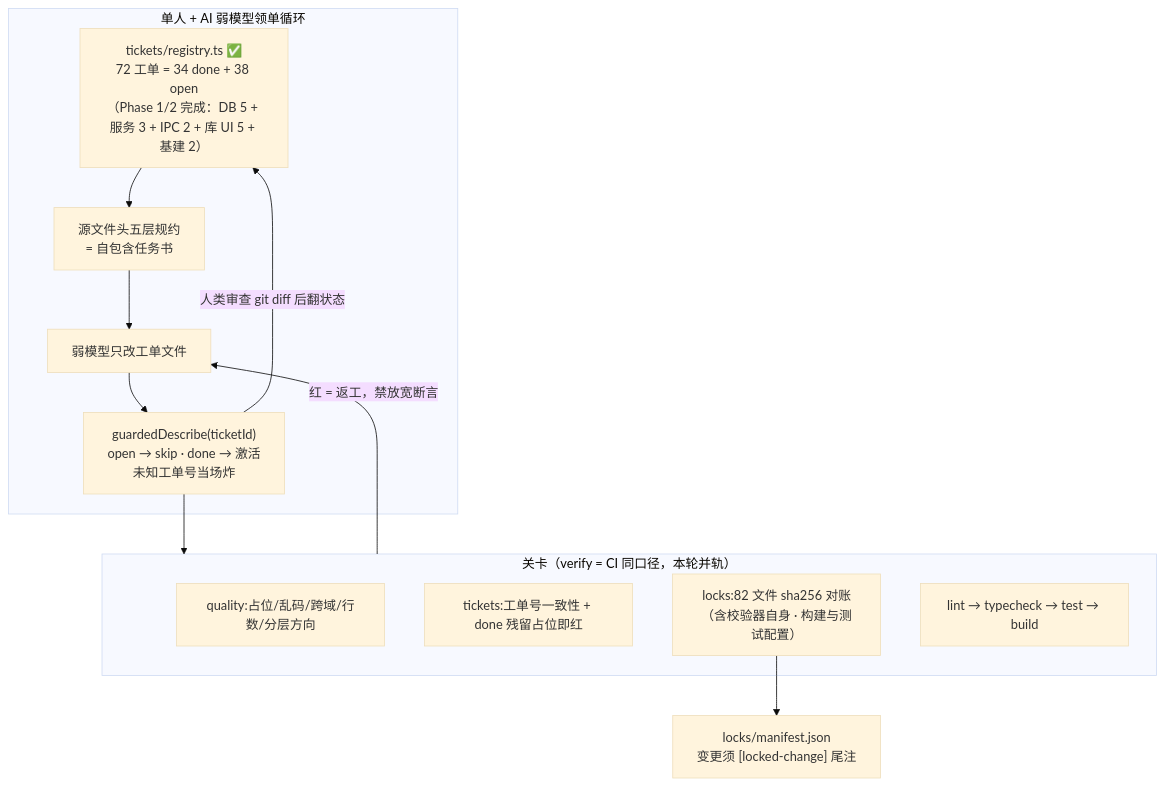
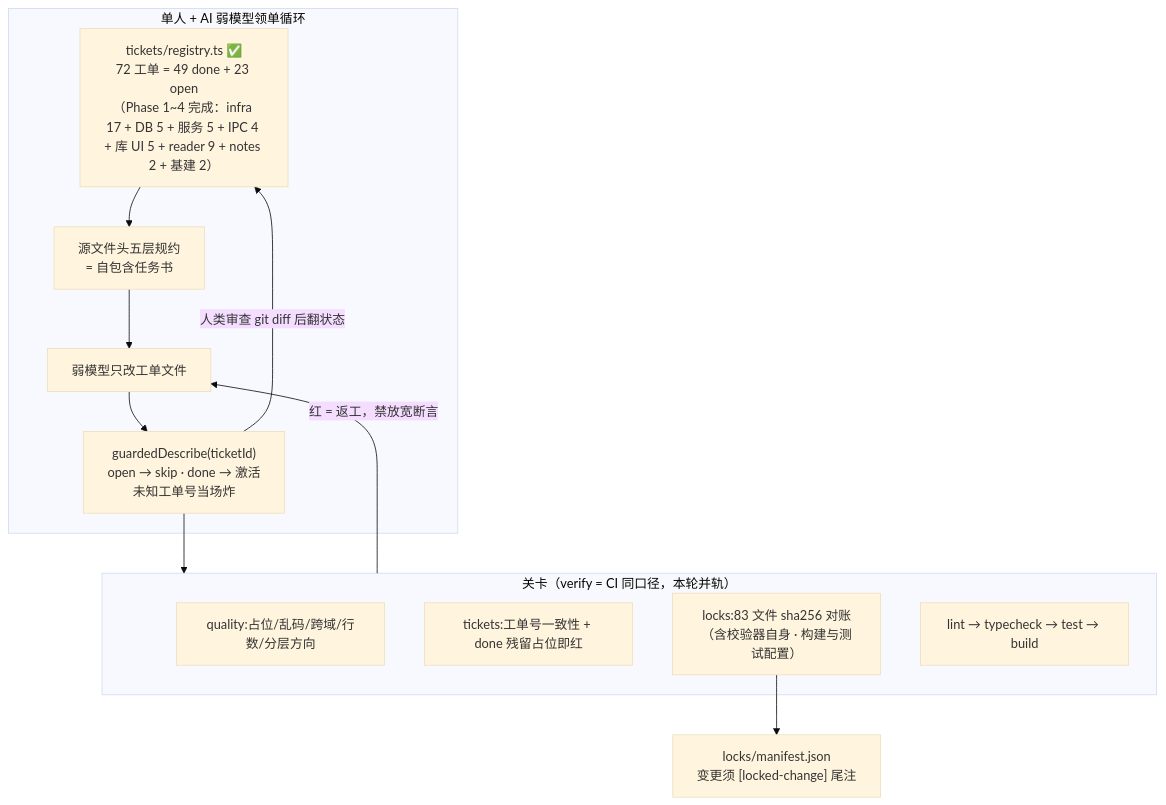
Before and after one commit to yyx20040712/Synapse: the seventh of 8 diagrams in docs/architecture.md, drawn with Mermaid (base theme). The commit also changed other lines of this file and 1 other file, not shown here.

Commit message:
docs: Phase 4 收官——ROADMAP 勾选与基线快照（done 49 / e2e 6 绿）+ architecture 图纸状态更新

````diff
--- a/docs/architecture.md
+++ b/docs/architecture.md
@@ -206,20 +206,20 @@
 ```mermaid
 flowchart TB
   subgraph LOOP["单人 + AI 弱模型领单循环"]
-    RG2["tickets/registry.ts ✅<br/>72 工单 = 34 done + 38 open<br/>（Phase 1/2 完成：DB 5 + 服务 3 + IPC 2 + 库 UI 5 + 基建 2）"]
+    RG2["tickets/registry.ts ✅<br/>72 工单 = 49 done + 23 open<br/>（Phase 1~4 完成：infra 17 + DB 5 + 服务 5 + IPC 4 + 库 UI 5 + reader 9 + notes 2 + 基建 2）"]
     SPEC["源文件头五层规约<br/>= 自包含任务书"]
     IMPL["弱模型只改工单文件"]
     GD["guardedDescribe(ticketId)<br/>open → skip · done → 激活<br/>未知工单号当场炸"]
     RG2 --> SPEC --> IMPL --> GD
     GD -->|"人类审查 git diff 后翻状态"| RG2
   end
   subgraph GATES["关卡（verify = CI 同口径，本轮并轨）"]
     Q["quality:占位/乱码/跨域/行数/分层方向"]
     T["tickets:工单号一致性 + done 残留占位即红"]
-    LK["locks:82 文件 sha256 对账<br/>（含校验器自身 · 构建与测试配置）"]
+    LK["locks:83 文件 sha256 对账<br/>（含校验器自身 · 构建与测试配置）"]
     V["lint → typecheck → test → build"]
   end
   GD --> GATES
   GATES -->|"红 = 返工，禁放宽断言"| IMPL
   LK --> MANIFEST["locks/manifest.json<br/>变更须 [locked-change] 尾注"]
 ```
````
